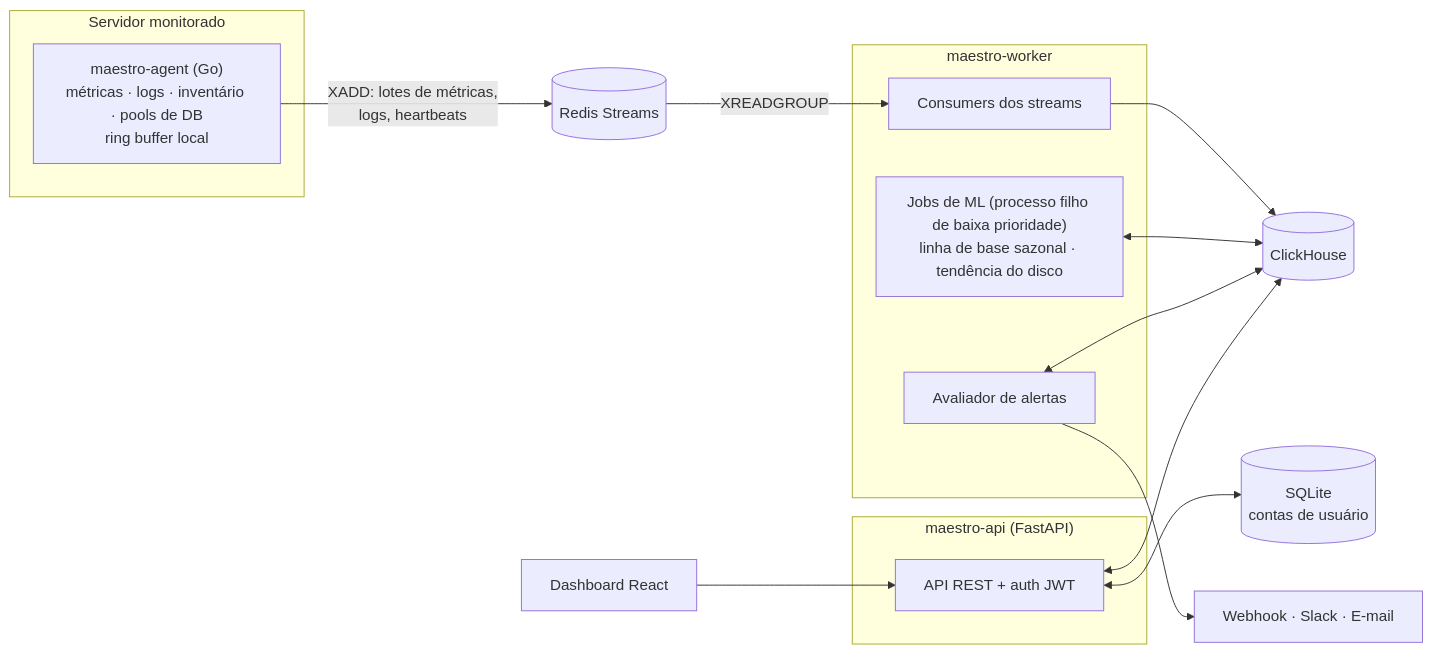
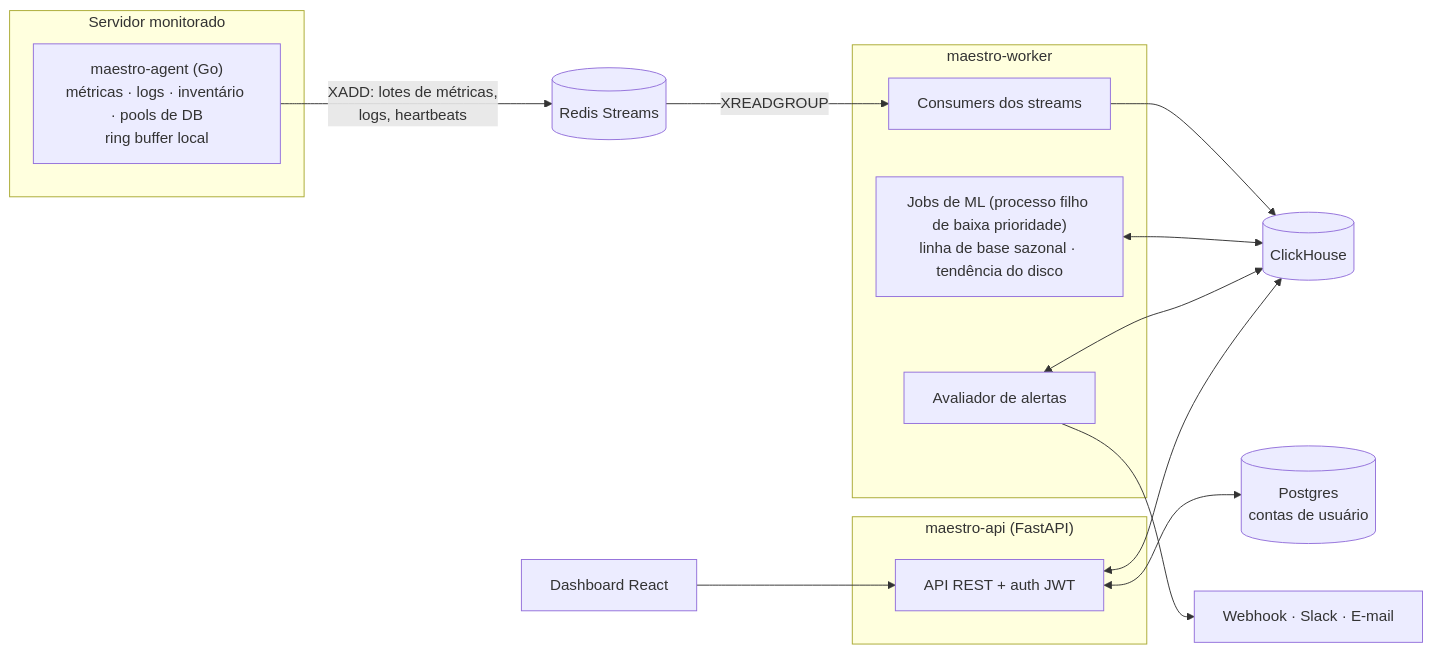
The diagram in README.pt-BR.md (yuriPeixoto/maestro), drawn with Mermaid before and after one commit. The commit also changed other lines of this file and 29 other files, not shown here.

````diff
--- a/README.pt-BR.md
+++ b/README.pt-BR.md
@@ -26,27 +26,27 @@
 ```mermaid
 flowchart LR
     subgraph host["Servidor monitorado"]
         agent["maestro-agent (Go)<br/>métricas · logs · inventário · pools de DB<br/>ring buffer local"]
     end
 
     agent -- "XADD: lotes de métricas,<br/>logs, heartbeats" --> redis[("Redis Streams")]
 
     subgraph worker["maestro-worker"]
         consumers["Consumers dos streams"]
         evaluator["Avaliador de alertas"]
         ml["Jobs de ML (processo filho de baixa prioridade)<br/>linha de base sazonal · tendência do disco"]
     end
 
     subgraph api["maestro-api (FastAPI)"]
         rest["API REST + auth JWT"]
     end
 
     redis -- "XREADGROUP" --> consumers
     consumers --> ch[("ClickHouse")]
     ml <--> ch
     evaluator <--> ch
     rest <--> ch
-    rest <--> sqlite[("SQLite<br/>contas de usuário")]
+    rest <--> pg[("Postgres<br/>contas de usuário")]
     evaluator --> channels["Webhook · Slack · E-mail"]
     ui["Dashboard React"] --> rest
 ```
````
